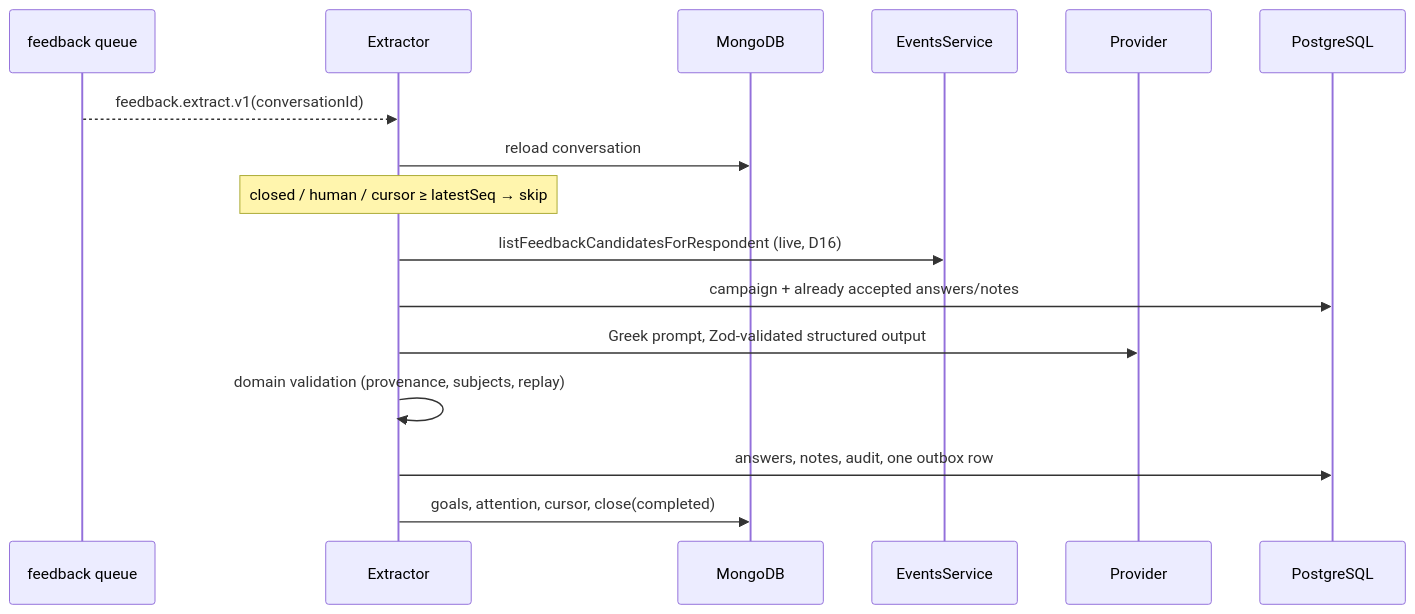
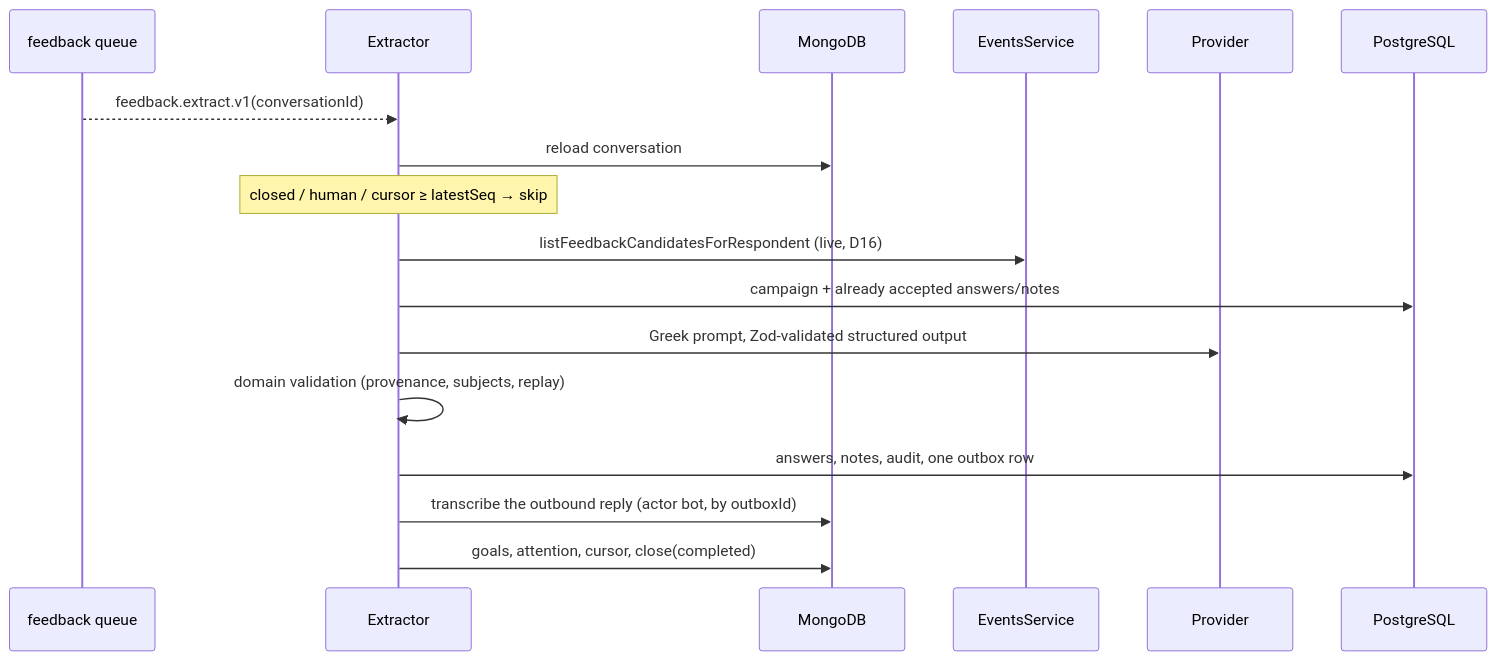
Before and after one commit to johnakisk0700/slopform: the second of 4 diagrams in docs/backend/modules/post-event-feedback.md, drawn with Mermaid. The commit also changed other lines of this file and 19 other files, not shown here.

````diff
--- a/docs/backend/modules/post-event-feedback.md
+++ b/docs/backend/modules/post-event-feedback.md
@@ -208,19 +284,20 @@
 ```mermaid
 sequenceDiagram
   participant Queue as feedback queue
   participant Run as Extractor
   participant Mongo as MongoDB
   participant Events as EventsService
   participant Model as Provider
   participant PG as PostgreSQL
 
   Queue-->>Run: feedback.extract.v1(conversationId)
   Run->>Mongo: reload conversation
   Note over Run: closed / human / cursor ≥ latestSeq → skip
   Run->>Events: listFeedbackCandidatesForRespondent (live, D16)
   Run->>PG: campaign + already accepted answers/notes
   Run->>Model: Greek prompt, Zod-validated structured output
   Run->>Run: domain validation (provenance, subjects, replay)
   Run->>PG: answers, notes, audit, one outbox row
+  Run->>Mongo: transcribe the outbound reply (actor bot, by outboxId)
   Run->>Mongo: goals, attention, cursor, close(completed)
 ```
````
